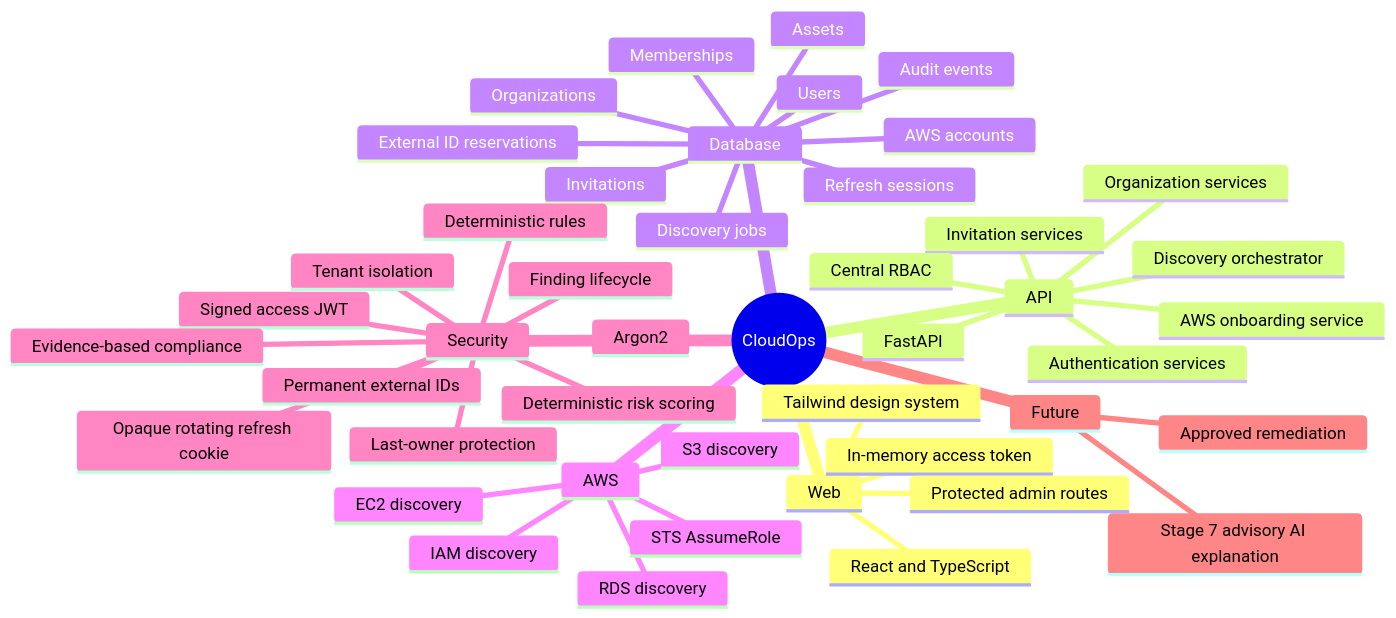
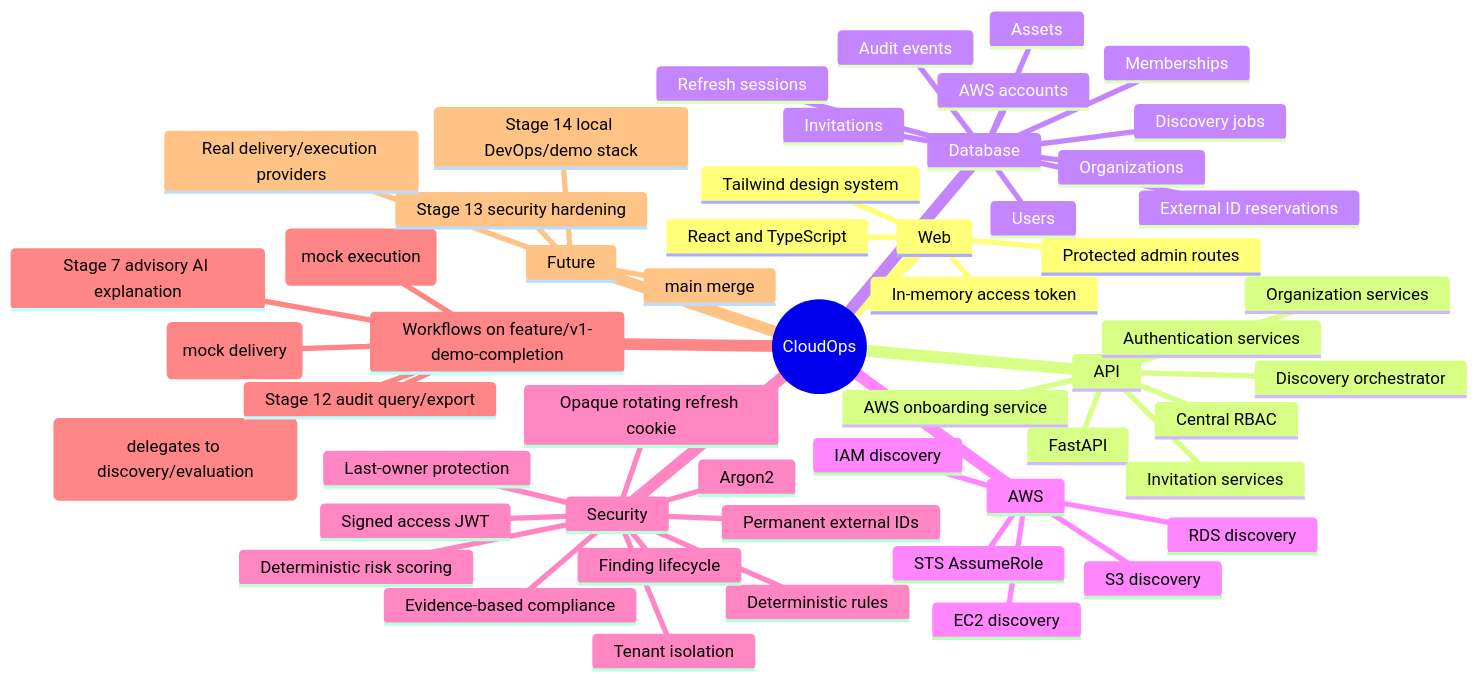
Before and after one commit to cloudops-project/CloudOps: the first of 2 diagrams in NEW_CHAT_CONTEXT.md, drawn with Mermaid. The commit also changed other lines of this file and 10 other files, not shown here.

Commit message:
docs: reconcile CloudOps demo readiness and Codex handoff

````diff
--- a/NEW_CHAT_CONTEXT.md
+++ b/NEW_CHAT_CONTEXT.md
@@ -66,48 +248,56 @@
 ```mermaid
 mindmap
   root((CloudOps))
     Web
       React and TypeScript
       Tailwind design system
       In-memory access token
       Protected admin routes
     API
       FastAPI
       Authentication services
       Organization services
       Invitation services
       AWS onboarding service
       Discovery orchestrator
       Central RBAC
     Database
       Users
       Organizations
       Memberships
       Invitations
       Refresh sessions
       Audit events
       AWS accounts
       External ID reservations
       Assets
       Discovery jobs
     AWS
       STS AssumeRole
       EC2 discovery
       S3 discovery
       IAM discovery
       RDS discovery
     Security
       Argon2
       Signed access JWT
       Opaque rotating refresh cookie
       Tenant isolation
       Last-owner protection
       Permanent external IDs
       Deterministic rules
       Finding lifecycle
       Evidence-based compliance
       Deterministic risk scoring
+    Workflows on feature/v1-demo-completion
+      Stage 7 advisory AI explanation
+      Stage 9 approval-gated notifications (mock delivery)
+      Stage 10 approval-gated remediation (mock execution)
+      Stage 11 scan scheduling (delegates to discovery/evaluation)
+      Stage 12 audit query/export
     Future
-      Stage 7 advisory AI explanation
-      Approved remediation
+      Stage 13 security hardening
+      Stage 14 local DevOps/demo stack
+      Real delivery/execution providers
+      main merge
 ```
````
